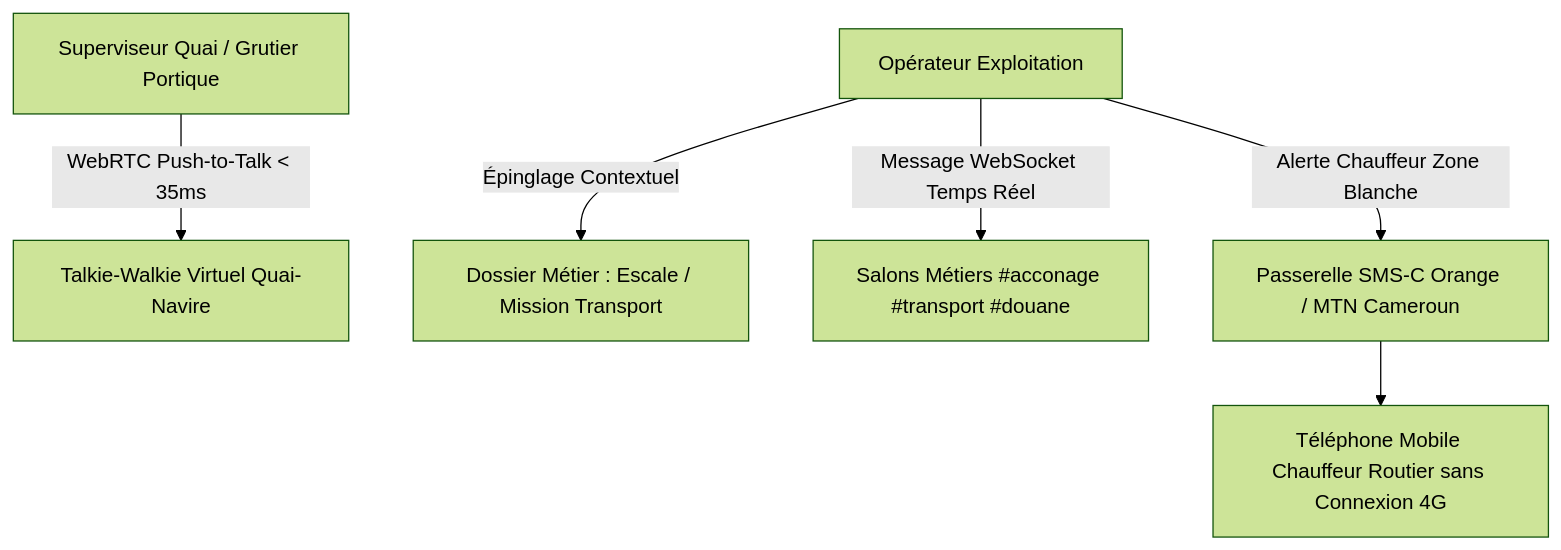
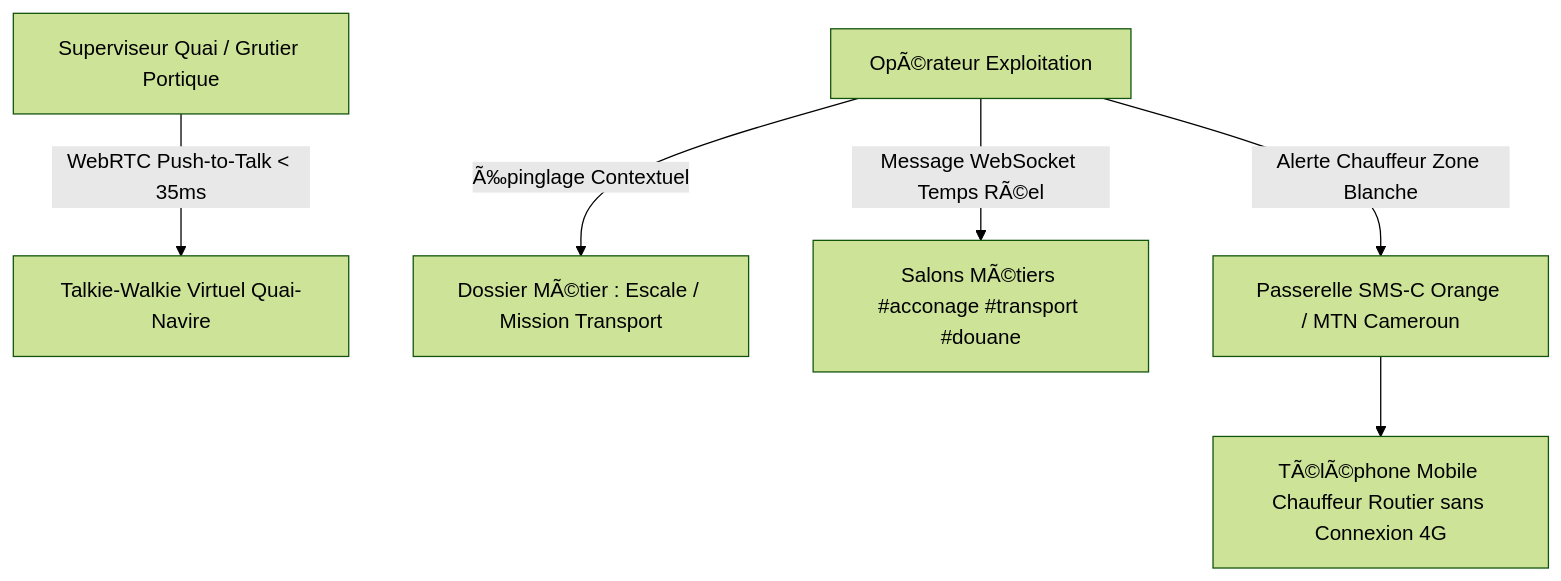
One commit to elevationchic-ux/evo-log-pro changed the diagram in RAPORT_EXPERTISE_COMMUNICATION_CHAT_COLLABORATIF.md. Above: the diagram before and after it, drawn with Mermaid (forest theme). The commit also changed other lines of this file and 27 other files, not shown here.

````diff
--- a/RAPORT_EXPERTISE_COMMUNICATION_CHAT_COLLABORATIF.md
+++ b/RAPORT_EXPERTISE_COMMUNICATION_CHAT_COLLABORATIF.md
@@ -45,8 +45,8 @@
 ```mermaid
 graph TD
     A[Superviseur Quai / Grutier Portique] -->|WebRTC Push-to-Talk < 35ms| B[Talkie-Walkie Virtuel Quai-Navire]
-    C[Opérateur Exploitation] -->|Épinglage Contextuel| D[Dossier Métier : Escale / Mission Transport]
-    C -->|Message WebSocket Temps Réel| E[Salons Métiers #acconage #transport #douane]
+    C[OpÃ©rateur Exploitation] -->|Ã‰pinglage Contextuel| D[Dossier MÃ©tier : Escale / Mission Transport]
+    C -->|Message WebSocket Temps RÃ©el| E[Salons MÃ©tiers #acconage #transport #douane]
     C -->|Alerte Chauffeur Zone Blanche| F[Passerelle SMS-C Orange / MTN Cameroun]
-    F --> G[Téléphone Mobile Chauffeur Routier sans Connexion 4G]
+    F --> G[TÃ©lÃ©phone Mobile Chauffeur Routier sans Connexion 4G]
 ```
````
